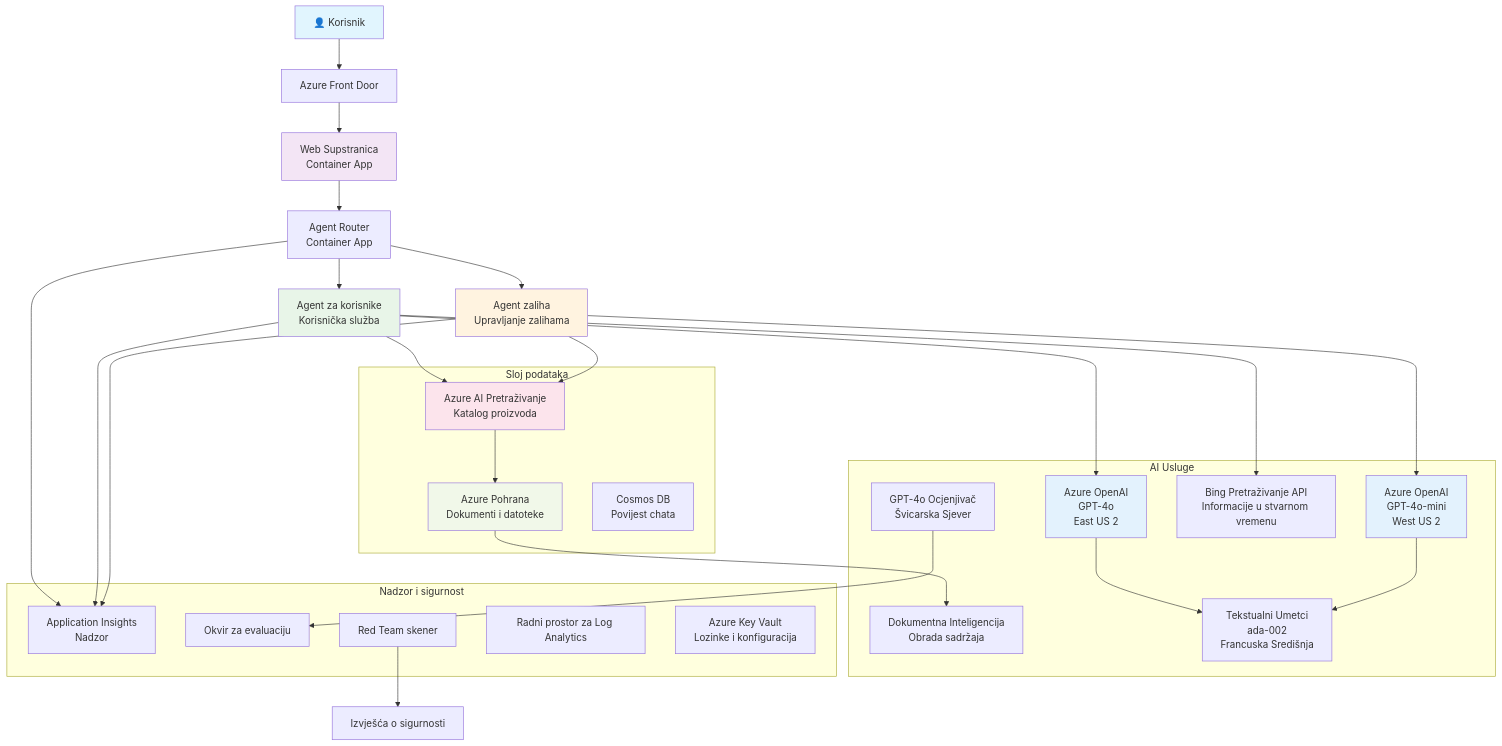
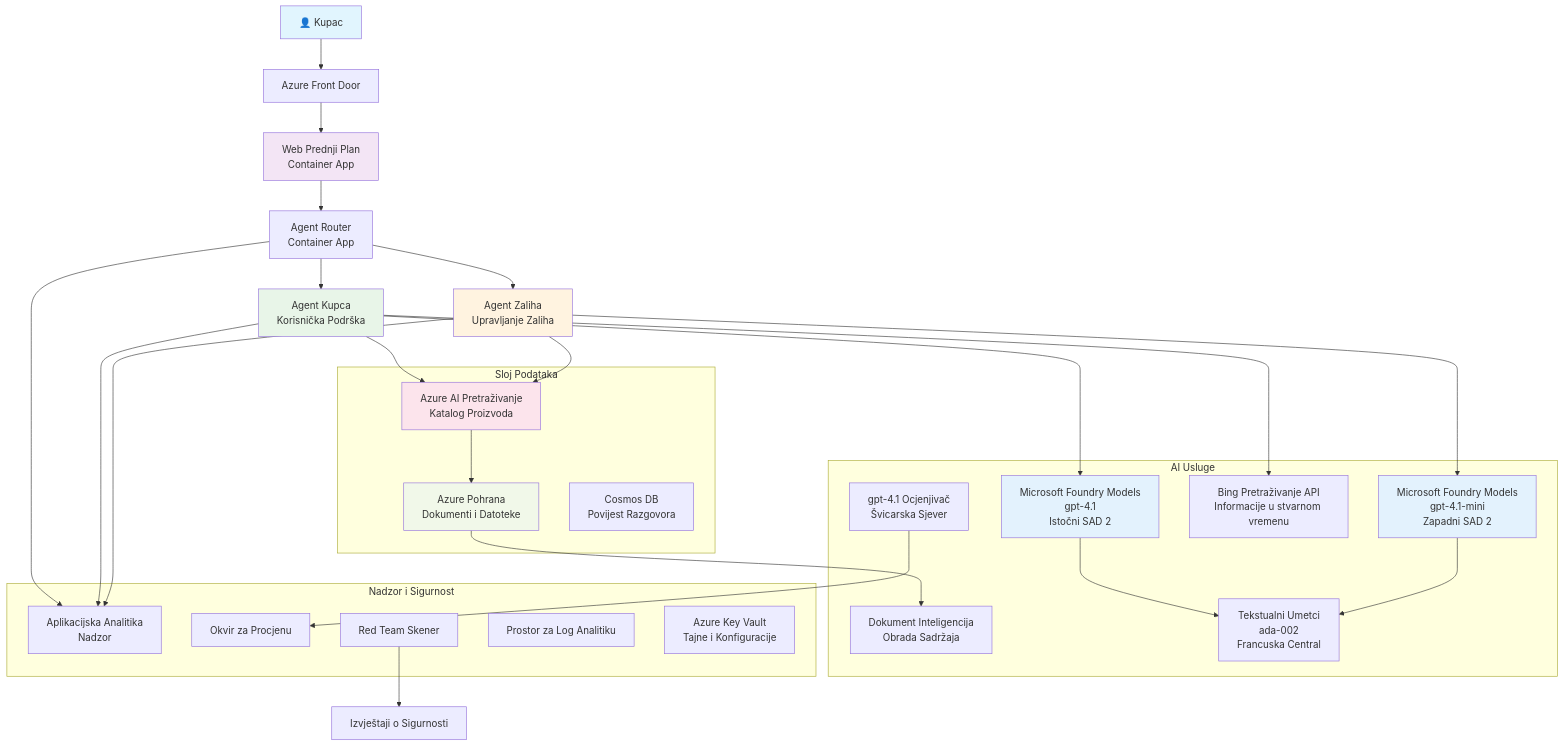
One commit to microsoft/AZD-for-beginners changed the diagram in translations/hr/examples/retail-scenario.md. Above: the diagram before and after it, drawn with Mermaid. The commit also changed other lines of this file and 101 other files, not shown here.

````diff
--- a/translations/hr/examples/retail-scenario.md
+++ b/translations/hr/examples/retail-scenario.md
@@ -139,61 +139,61 @@
 ```mermaid
 graph TB
-    User[👤 Korisnik] --> LB[Azure Front Door]
-    LB --> WebApp[Web Supstranica<br/>Container App]
+    User[👤 Kupac] --> LB[Azure Front Door]
+    LB --> WebApp[Web Prednji Plan<br/>Container App]
     
     WebApp --> Router[Agent Router<br/>Container App]
-    Router --> CustomerAgent[Agent za korisnike<br/>Korisnička služba]
-    Router --> InvAgent[Agent zaliha<br/>Upravljanje zalihama]
+    Router --> CustomerAgent[Agent Kupca<br/>Korisnička Podrška]
+    Router --> InvAgent[Agent Zaliha<br/>Upravljanje Zaliha]
     
-    CustomerAgent --> OpenAI1[Azure OpenAI<br/>GPT-4o<br/>East US 2]
-    InvAgent --> OpenAI2[Azure OpenAI<br/>GPT-4o-mini<br/>West US 2]
+    CustomerAgent --> OpenAI1[Microsoft Foundry Models<br/>gpt-4.1<br/>Istočni SAD 2]
+    InvAgent --> OpenAI2[Microsoft Foundry Models<br/>gpt-4.1-mini<br/>Zapadni SAD 2]
     
-    CustomerAgent --> AISearch[Azure AI Pretraživanje<br/>Katalog proizvoda]
+    CustomerAgent --> AISearch[Azure AI Pretraživanje<br/>Katalog Proizvoda]
     CustomerAgent --> BingSearch[Bing Pretraživanje API<br/>Informacije u stvarnom vremenu]
     InvAgent --> AISearch
     
-    AISearch --> Storage[Azure Pohrana<br/>Dokumenti i datoteke]
-    Storage --> DocIntel[Dokumentna Inteligencija<br/>Obrada sadržaja]
+    AISearch --> Storage[Azure Pohrana<br/>Dokumenti i Datoteke]
+    Storage --> DocIntel[Dokument Inteligencija<br/>Obrada Sadržaja]
     
-    OpenAI1 --> Embeddings[Tekstualni Umetci<br/>ada-002<br/>Francuska Središnja]
+    OpenAI1 --> Embeddings[Tekstualni Umetci<br/>ada-002<br/>Francuska Central]
     OpenAI2 --> Embeddings
     
-    Router --> AppInsights[Application Insights<br/>Nadzor]
+    Router --> AppInsights[Aplikacijska Analitika<br/>Nadzor]
     CustomerAgent --> AppInsights
     InvAgent --> AppInsights
     
-    GraderModel[GPT-4o Ocjenjivač<br/>Švicarska Sjever] --> Evaluation[Okvir za evaluaciju]
-    RedTeam[Red Team skener] --> SecurityReports[Izvješća o sigurnosti]
+    GraderModel[gpt-4.1 Ocjenjivač<br/>Švicarska Sjever] --> Evaluation[Okvir za Procjenu]
+    RedTeam[Red Team Skener] --> SecurityReports[Izvještaji o Sigurnosti]
     
-    subgraph "Sloj podataka"
+    subgraph "Sloj Podataka"
         Storage
         AISearch
-        CosmosDB[Cosmos DB<br/>Povijest chata]
+        CosmosDB[Cosmos DB<br/>Povijest Razgovora]
     end
     
     subgraph "AI Usluge"
         OpenAI1
         OpenAI2
         Embeddings
         GraderModel
         DocIntel
         BingSearch
     end
     
-    subgraph "Nadzor i sigurnost"
+    subgraph "Nadzor i Sigurnost"
         AppInsights
-        LogAnalytics[Radni prostor za Log Analytics]
-        KeyVault[Azure Key Vault<br/>Lozinke i konfiguracija]
+        LogAnalytics[Prostor za Log Analitiku]
+        KeyVault[Azure Key Vault<br/>Tajne i Konfiguracije]
         RedTeam
         Evaluation
     end
     
     style User fill:#e1f5fe
     style WebApp fill:#f3e5f5
     style CustomerAgent fill:#e8f5e8
     style InvAgent fill:#fff3e0
     style OpenAI1 fill:#e3f2fd
     style OpenAI2 fill:#e3f2fd
     style AISearch fill:#fce4ec
     style Storage fill:#f1f8e9
-```
+```  
````
